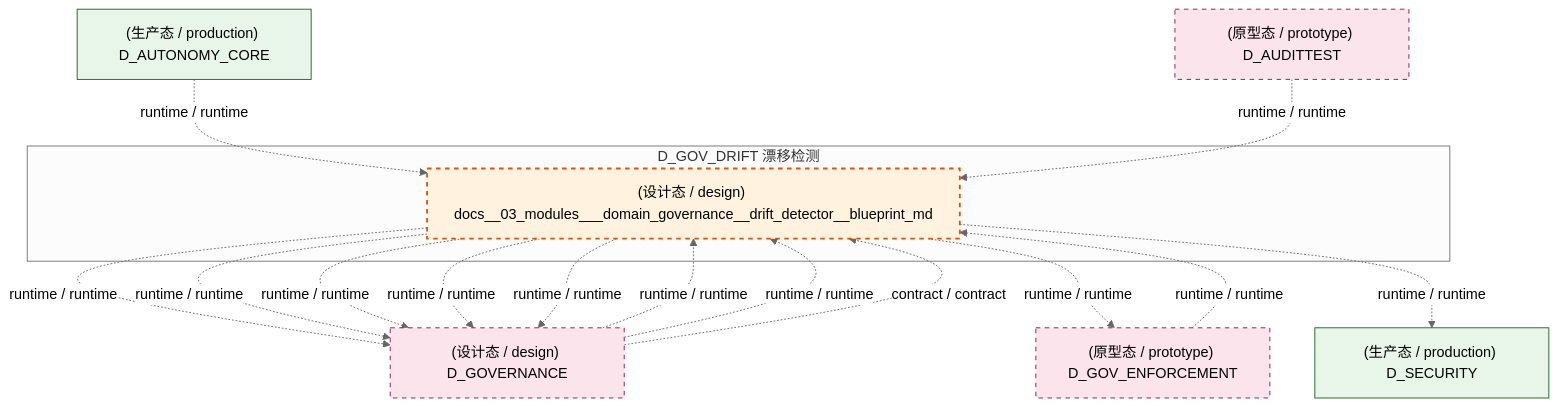
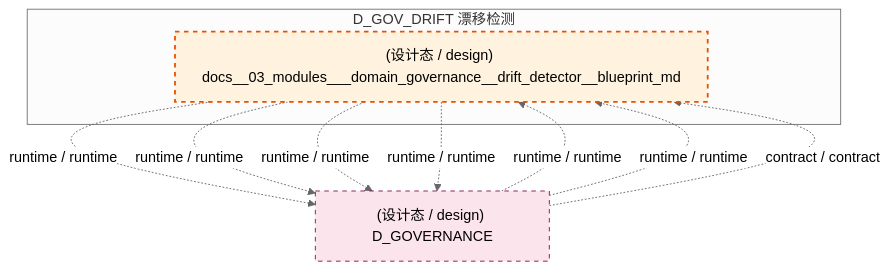
One commit to xuanFelixVan/ZephyrAlpha changed the first of 3 diagrams in docs/02_enterprise_architecture/02_domain_architecture_docs/34_d_gov_drift.md. Above: the diagram before and after it, drawn with Mermaid (neutral theme). The commit also changed other lines of this file and 100 other files, not shown here.

````diff
--- a/docs/02_enterprise_architecture/02_domain_architecture_docs/34_d_gov_drift.md
+++ b/docs/02_enterprise_architecture/02_domain_architecture_docs/34_d_gov_drift.md
@@ -64,31 +64,20 @@
 ```mermaid
 graph TD
     subgraph D_GOV_DRIFT["D_GOV_DRIFT 漂移检测"]
         docs_03_modules_domain_governance_drift_detector_blueprint_md["(设计态 / design) docs__03_modules___domain_governance__drift_detector__blueprint_md"]
     end
     D_GOVERNANCE["(设计态 / design) D_GOVERNANCE"]
     docs_03_modules_domain_governance_drift_detector_blueprint_md -.->|runtime / runtime| D_GOVERNANCE
     docs_03_modules_domain_governance_drift_detector_blueprint_md -.->|runtime / runtime| D_GOVERNANCE
-    D_GOV_ENFORCEMENT["(原型态 / prototype) D_GOV_ENFORCEMENT"]
-    docs_03_modules_domain_governance_drift_detector_blueprint_md -.->|runtime / runtime| D_GOV_ENFORCEMENT
-    D_SECURITY["(生产态 / production) D_SECURITY"]
-    docs_03_modules_domain_governance_drift_detector_blueprint_md -.->|runtime / runtime| D_SECURITY
     docs_03_modules_domain_governance_drift_detector_blueprint_md -.->|runtime / runtime| D_GOVERNANCE
     docs_03_modules_domain_governance_drift_detector_blueprint_md -.->|runtime / runtime| D_GOVERNANCE
-    docs_03_modules_domain_governance_drift_detector_blueprint_md -.->|runtime / runtime| D_GOVERNANCE
-    D_GOV_ENFORCEMENT -.->|runtime / runtime| docs_03_modules_domain_governance_drift_detector_blueprint_md
     D_GOVERNANCE -.->|runtime / runtime| docs_03_modules_domain_governance_drift_detector_blueprint_md
     D_GOVERNANCE -.->|runtime / runtime| docs_03_modules_domain_governance_drift_detector_blueprint_md
     D_GOVERNANCE -.->|contract / contract| docs_03_modules_domain_governance_drift_detector_blueprint_md
-    D_AUTONOMY_CORE["(生产态 / production) D_AUTONOMY_CORE"]
-    D_AUTONOMY_CORE -.->|runtime / runtime| docs_03_modules_domain_governance_drift_detector_blueprint_md
-    D_AUDITTEST["(原型态 / prototype) D_AUDITTEST"]
-    D_AUDITTEST -.->|runtime / runtime| docs_03_modules_domain_governance_drift_detector_blueprint_md
     classDef production fill:#e1f5fe,stroke:#01579b,stroke-width:2px,color:#000
     classDef design fill:#fff3e0,stroke:#e65100,stroke-width:2px,color:#000,stroke-dasharray: 5 5
     classDef external_prod fill:#e8f5e9,stroke:#1b5e20,stroke-width:1px,color:#000
     classDef external_design fill:#fce4ec,stroke:#880e4f,stroke-width:1px,color:#000,stroke-dasharray: 5 5
     class docs_03_modules_domain_governance_drift_detector_blueprint_md design
-    class D_SECURITY,D_AUTONOMY_CORE external_prod
-    class D_GOVERNANCE,D_GOV_ENFORCEMENT,D_AUDITTEST external_design
+    class D_GOVERNANCE external_design
 ```
````
